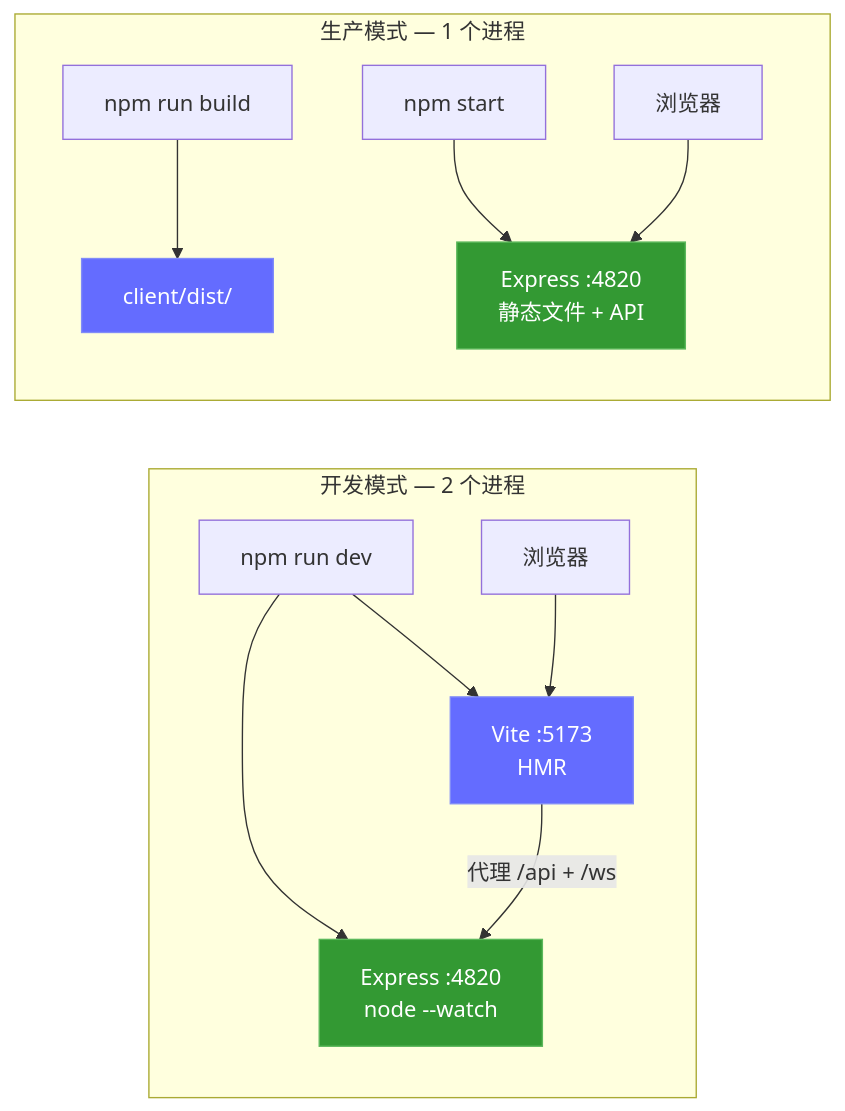
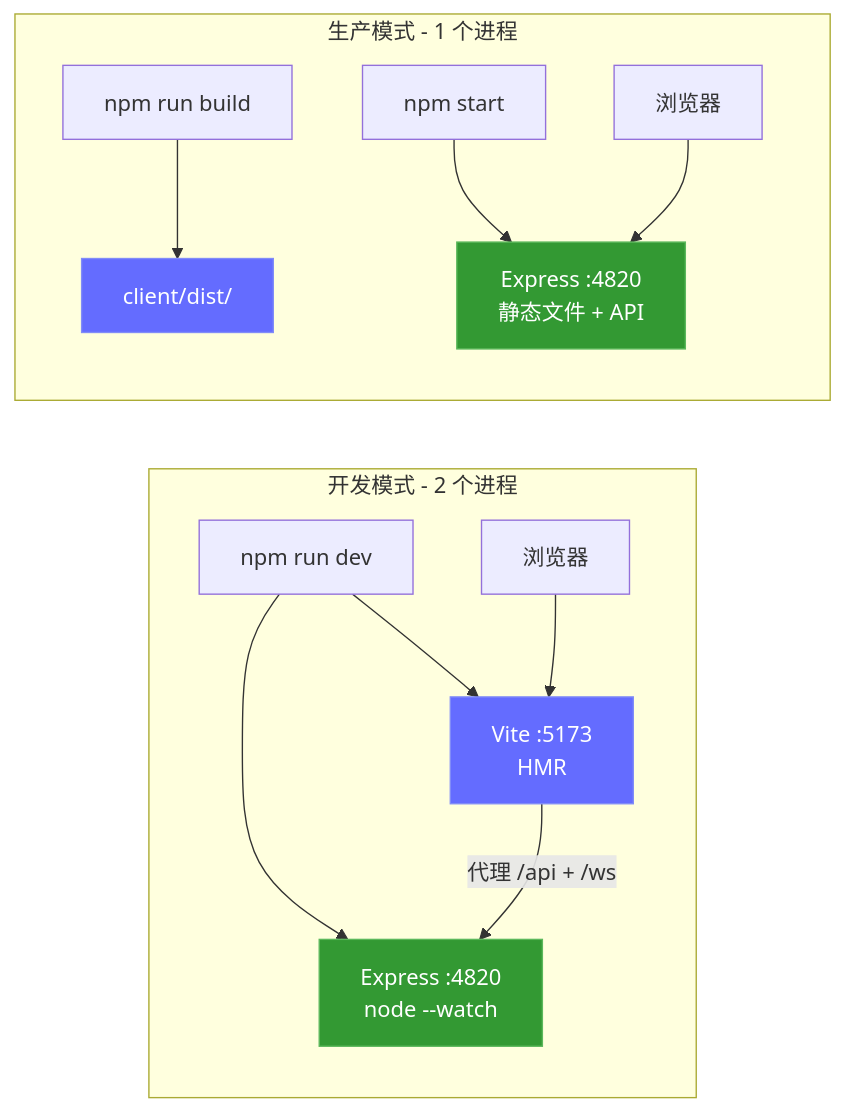
Before and after one commit to MrZarrar/Jarvis-Sub-Agent-Dashboard: diagram 21 of 23 in README-CN.md, drawn with Mermaid. The commit also changed other lines of this file and 382 other files, not shown here.

````diff
--- a/README-CN.md
+++ b/README-CN.md
@@ -1741,20 +1741,20 @@
 ```mermaid
 graph LR
-    subgraph dev["开发模式 — 2 个进程"]
+    subgraph dev["开发模式 - 2 个进程"]
         D_CMD["npm run dev"] --> D_SRV["Express :4820<br/>node --watch"]
         D_CMD --> D_VITE["Vite :5173<br/>HMR"]
         D_BROWSER["浏览器"] --> D_VITE
         D_VITE -->|"代理 /api + /ws"| D_SRV
     end
 
-    subgraph prod["生产模式 — 1 个进程"]
+    subgraph prod["生产模式 - 1 个进程"]
         P_BUILD["npm run build"] --> P_DIST["client/dist/"]
         P_START["npm start"] --> P_SRV["Express :4820<br/>静态文件 + API"]
         P_BROWSER["浏览器"] --> P_SRV
     end
 
     style D_VITE fill:#646CFF,stroke:#818cf8,color:#fff
     style D_SRV fill:#339933,stroke:#5cb85c,color:#fff
     style P_SRV fill:#339933,stroke:#5cb85c,color:#fff
     style P_DIST fill:#646CFF,stroke:#818cf8,color:#fff
 ```
````
